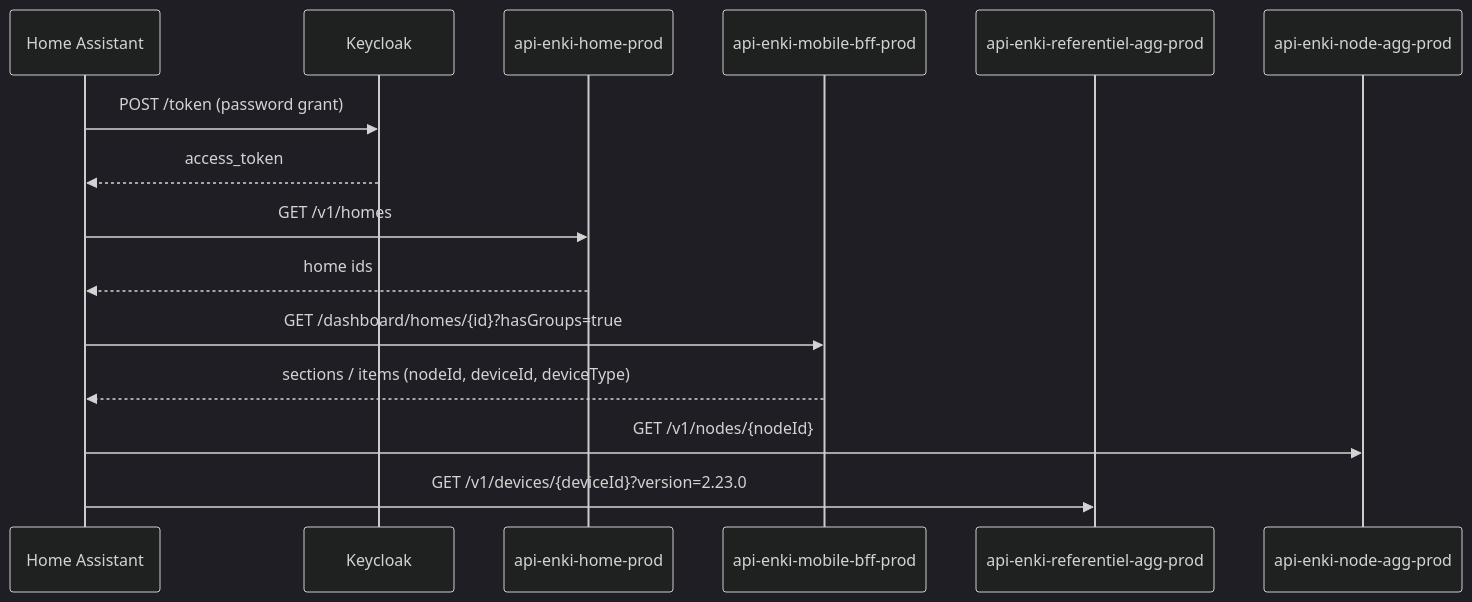
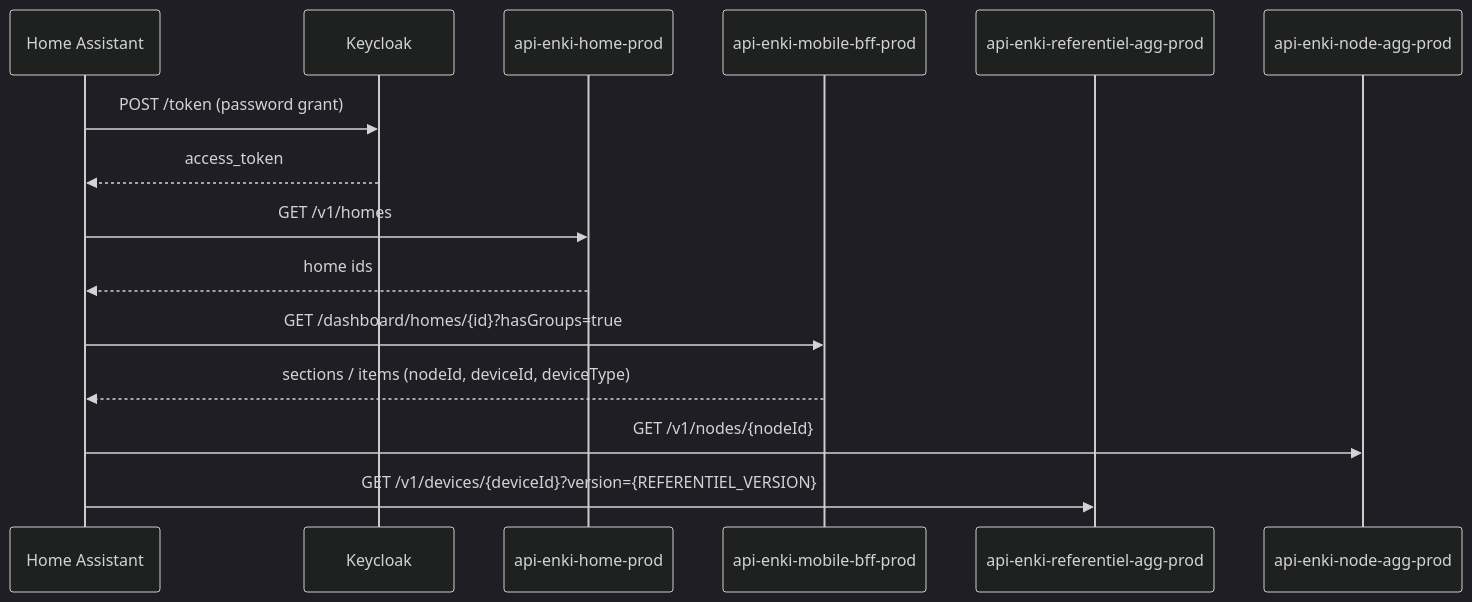
The diagram in docs/API.md (cyrilcolinet/enki-integration-hass), drawn with Mermaid (dark theme) before and after one commit. The commit also changed other lines of this file and 7 other files, not shown here.

````diff
--- a/docs/API.md
+++ b/docs/API.md
@@ -24,18 +24,18 @@
 ```mermaid
 sequenceDiagram
     participant HA as Home Assistant
     participant Auth as Keycloak
     participant Home as api-enki-home-prod
     participant BFF as api-enki-mobile-bff-prod
     participant Ref as api-enki-referentiel-agg-prod
     participant Node as api-enki-node-agg-prod
 
     HA->>Auth: POST /token (password grant)
     Auth-->>HA: access_token
     HA->>Home: GET /v1/homes
     Home-->>HA: home ids
     HA->>BFF: GET /dashboard/homes/{id}?hasGroups=true
     BFF-->>HA: sections / items (nodeId, deviceId, deviceType)
     HA->>Node: GET /v1/nodes/{nodeId}
-    HA->>Ref: GET /v1/devices/{deviceId}?version=2.23.0
+    HA->>Ref: GET /v1/devices/{deviceId}?version={REFERENTIEL_VERSION}
 ```
````
